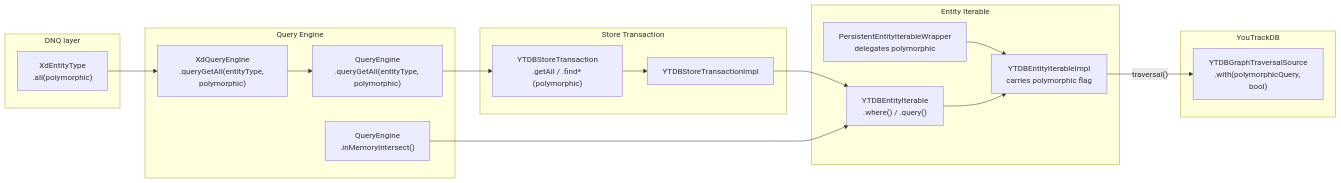
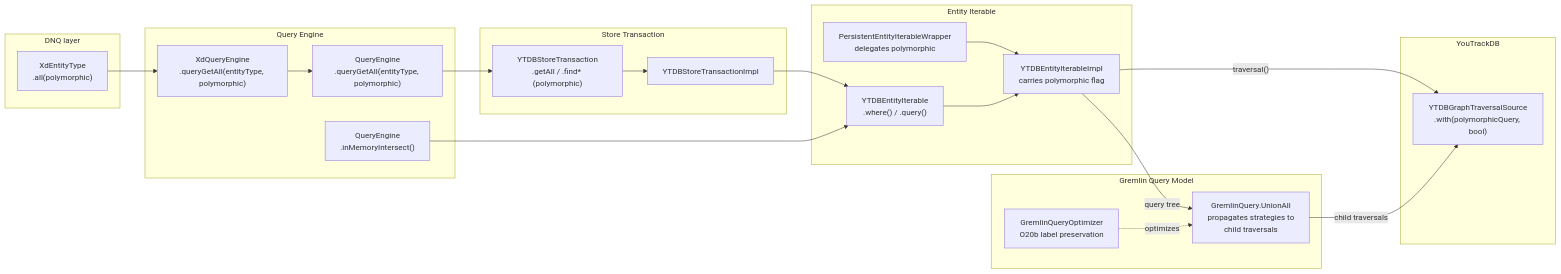
The diagram in docs/adr/polymorphic-queries/adr.md (JetBrains/xodus-dnq), drawn with Mermaid before and after one commit. The commit also changed other lines of this file and 1 other file, not shown here.

````diff
--- a/docs/adr/polymorphic-queries/adr.md
+++ b/docs/adr/polymorphic-queries/adr.md
@@ -59,33 +70,40 @@
 ```mermaid
 flowchart LR
     subgraph DNQ ["DNQ layer"]
         XdET["XdEntityType\n.all(polymorphic)"]
     end
     subgraph QE ["Query Engine"]
         XdQEng["XdQueryEngine\n.queryGetAll(entityType, polymorphic)"]
         QEng["QueryEngine\n.queryGetAll(entityType, polymorphic)"]
         QEng2["QueryEngine\n.inMemoryIntersect()"]
     end
     subgraph TX ["Store Transaction"]
         Tx["YTDBStoreTransaction\n.getAll / .find* (polymorphic)"]
         TxImpl["YTDBStoreTransactionImpl"]
     end
     subgraph EI ["Entity Iterable"]
         PEW["PersistentEntityIterableWrapper\ndelegates polymorphic"]
         YEI["YTDBEntityIterable\n.where() / .query()"]
         YEII["YTDBEntityIterableImpl\ncarries polymorphic flag"]
         PEW --> YEII
     end
+    subgraph GQL ["Gremlin Query Model"]
+        UA["GremlinQuery.UnionAll\npropagates strategies to\nchild traversals"]
+        OPT["GremlinQueryOptimizer\nO20b label preservation"]
+    end
     subgraph YTDB ["YouTrackDB"]
         GTS["YTDBGraphTraversalSource\n.with(polymorphicQuery, bool)"]
     end
 
     XdET --> XdQEng
     XdQEng --> QEng
     QEng --> Tx
     Tx --> TxImpl
     TxImpl --> YEI
     YEI --> YEII
     QEng2 --> YEI
     YEII -->|"traversal()"| GTS
+    YEII -->|"query tree"| UA
+    UA -->|"child traversals"| GTS
+    OPT -.->|"optimizes"| UA
 ```
````
